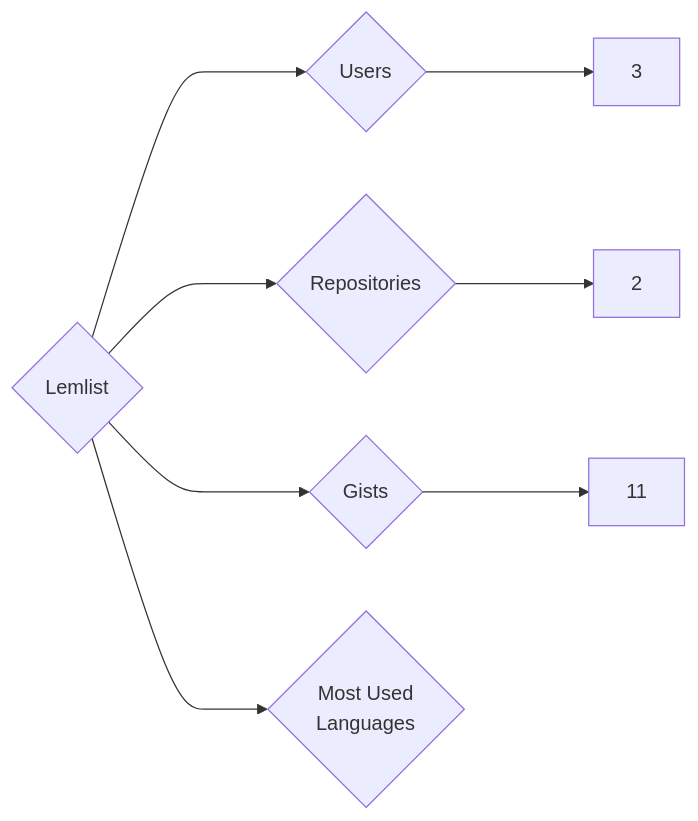
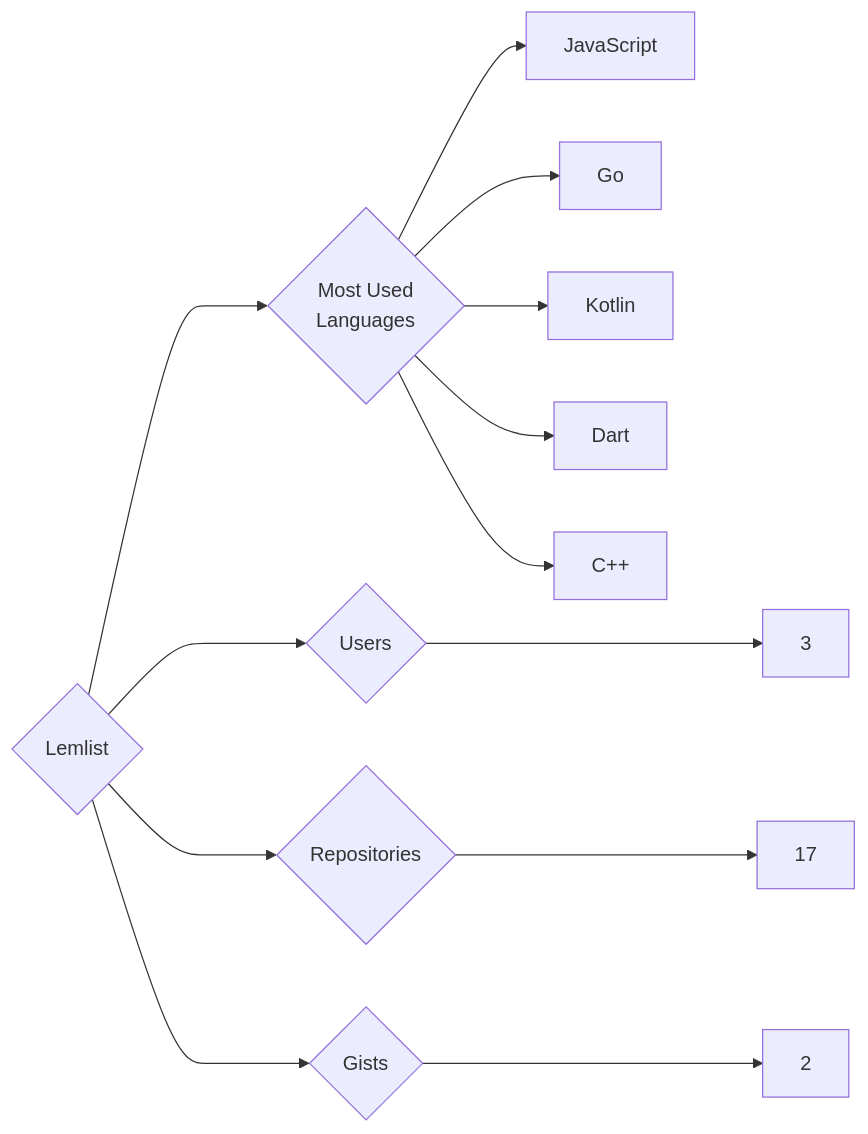
The diagram in targets/Lemlist/README.md (trickest/insiders), drawn with Mermaid before and after one commit. The commit also changed 1484 other files, not shown here.

````diff
--- a/targets/Lemlist/README.md
+++ b/targets/Lemlist/README.md
@@ -3,8 +3,13 @@
 ```mermaid
 graph LR
 COMPANY_NAME{Lemlist}
 COMPANY_NAME ---> U{Users} ---> UN[3]
-COMPANY_NAME ---> R{Repositories} ---> RN[2]
-COMPANY_NAME ---> G{Gists} ---> GN[11]
+COMPANY_NAME ---> R{Repositories} ---> RN[17]
+COMPANY_NAME ---> G{Gists} ---> GN[2]
 COMPANY_NAME ---> ML{Most Used<br>Languages}
+ML --> JavaScript[JavaScript]
+ML --> Go[Go]
+ML --> Kotlin[Kotlin]
+ML --> Dart[Dart]
+ML --> C++[C++]
 ```
````
